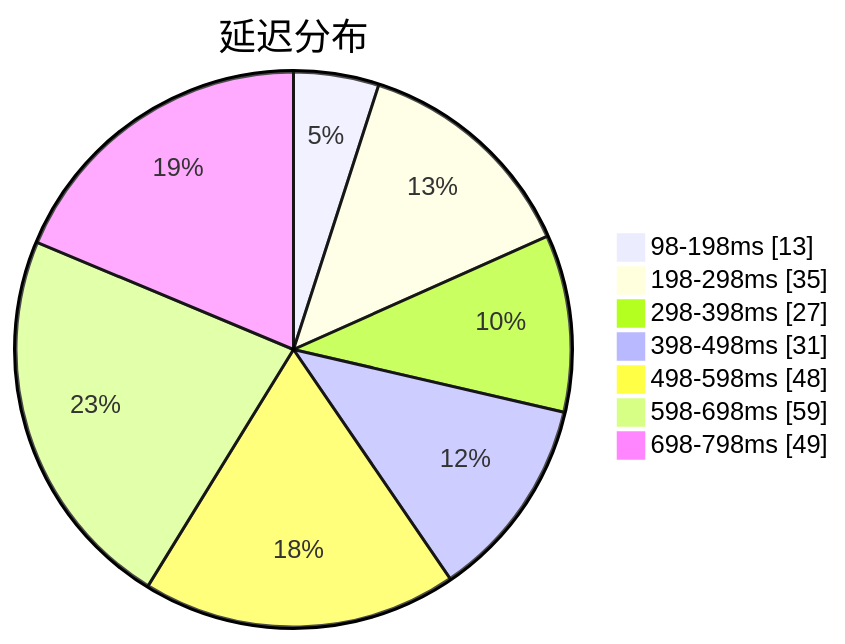
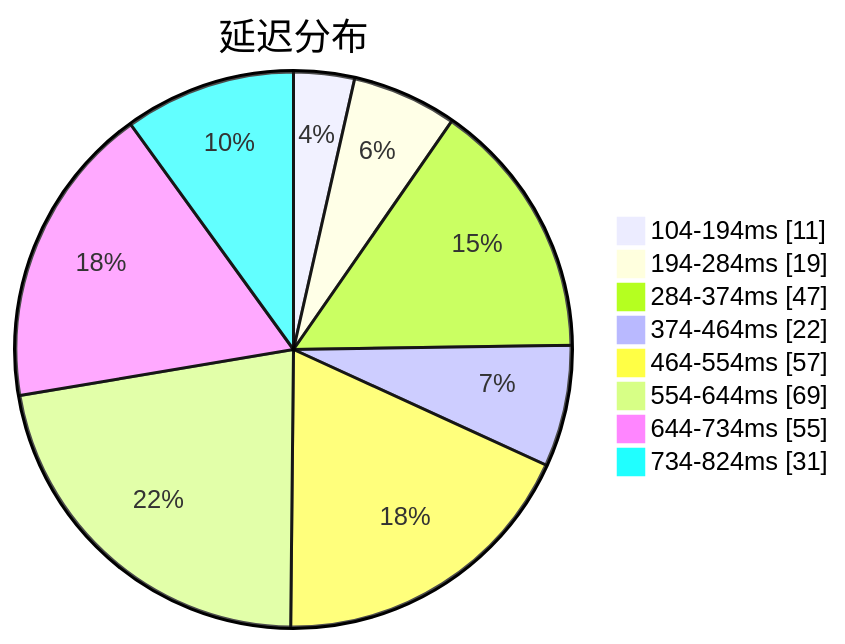
Before and after one commit to sinspired/airport: the first of 3 diagrams in subs/statistics/tested_within.md, drawn with Mermaid. The commit also changed other lines of this file and 2 other files, not shown here.

````diff
--- a/subs/statistics/tested_within.md
+++ b/subs/statistics/tested_within.md
@@ -2,11 +2,12 @@
 ```mermaid
 pie showData
 title 延迟分布
-"98-198ms" : 13
-"198-298ms" : 35
-"298-398ms" : 27
-"398-498ms" : 31
-"498-598ms" : 48
-"598-698ms" : 59
-"698-798ms" : 49
+"104-194ms" : 11
+"194-284ms" : 19
+"284-374ms" : 47
+"374-464ms" : 22
+"464-554ms" : 57
+"554-644ms" : 69
+"644-734ms" : 55
+"734-824ms" : 31
 ```
````
